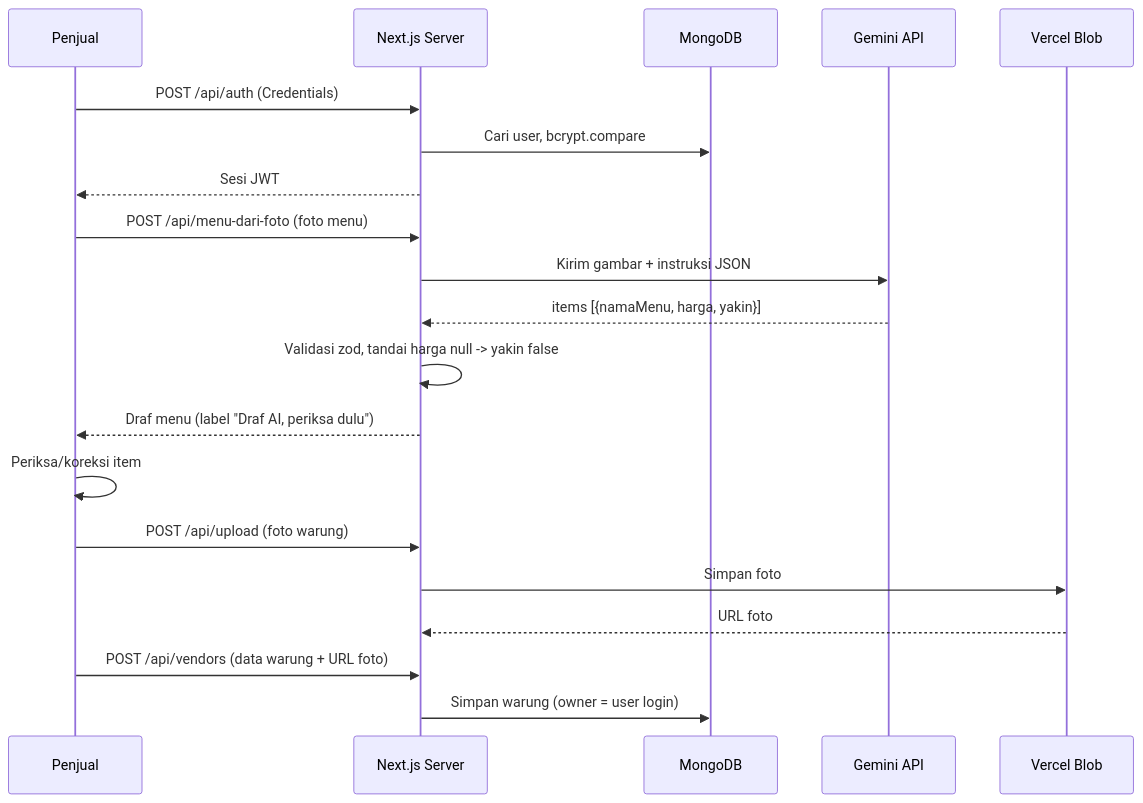
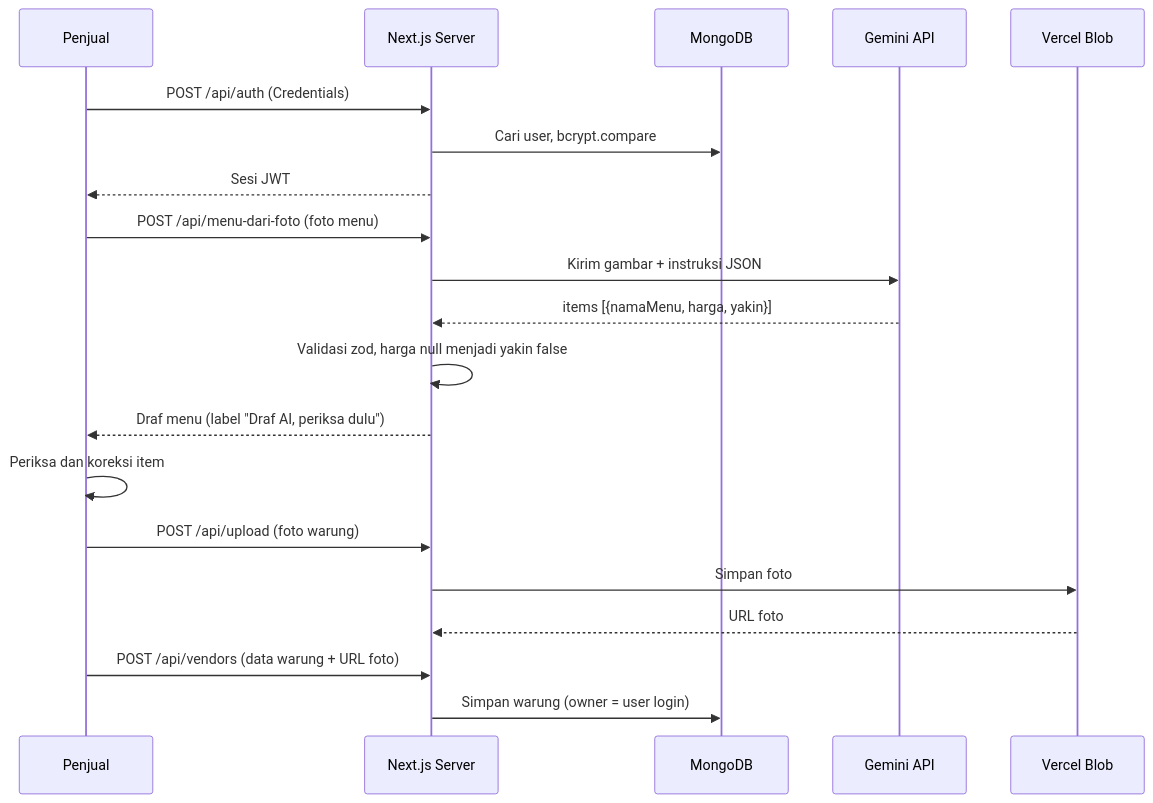
Before and after one commit to nikd7690-ops/web-cari-jajan: the third of 3 diagrams in README.md, drawn with Mermaid. The commit also changed other lines of this file, not shown here.

````diff
--- a/README.md
+++ b/README.md
@@ -170,23 +182,23 @@
 ```mermaid
 sequenceDiagram
   participant P as Penjual
   participant N as Next.js Server
   participant DB as MongoDB
   participant G as Gemini API
   participant BL as Vercel Blob
 
   P->>N: POST /api/auth (Credentials)
   N->>DB: Cari user, bcrypt.compare
   N-->>P: Sesi JWT
   P->>N: POST /api/menu-dari-foto (foto menu)
   N->>G: Kirim gambar + instruksi JSON
   G-->>N: items [{namaMenu, harga, yakin}]
-  N->>N: Validasi zod, tandai harga null -> yakin false
+  N->>N: Validasi zod, harga null menjadi yakin false
   N-->>P: Draf menu (label "Draf AI, periksa dulu")
-  P->>P: Periksa/koreksi item
+  P->>P: Periksa dan koreksi item
   P->>N: POST /api/upload (foto warung)
   N->>BL: Simpan foto
   BL-->>N: URL foto
   P->>N: POST /api/vendors (data warung + URL foto)
   N->>DB: Simpan warung (owner = user login)
 ```
````
